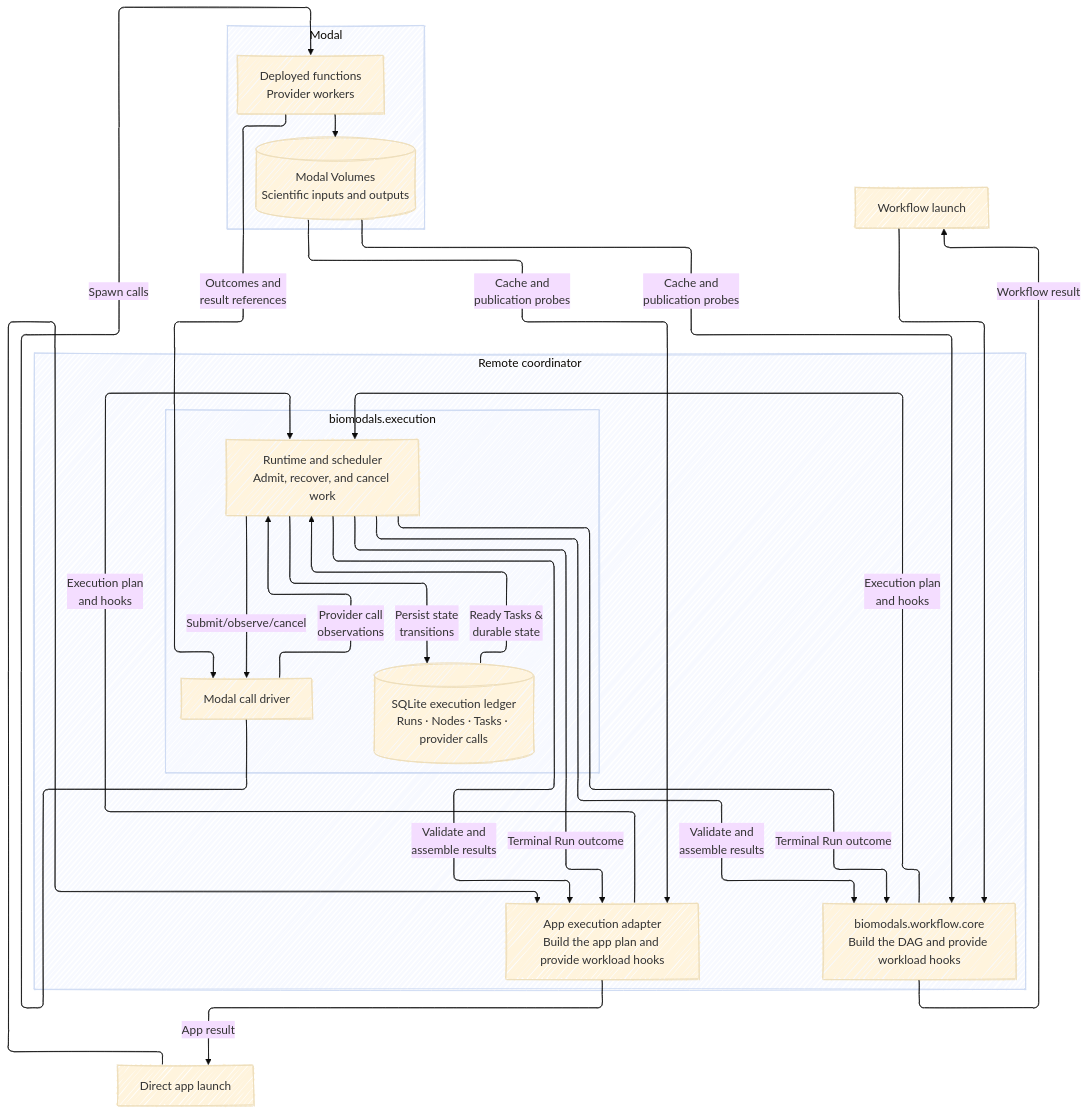
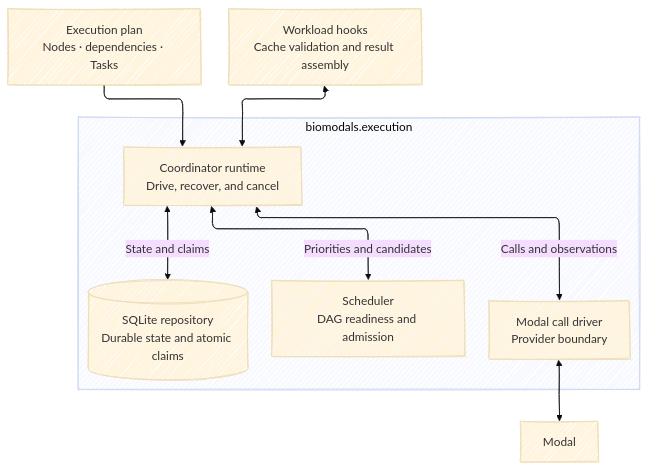
The second of 2 diagrams in README.md (y1zhou/biomodals), drawn with Mermaid before and after one commit. The commit also changed other lines of this file, not shown here.

Commit message:
docs: split execution diagrams

````diff
--- a/README.md
+++ b/README.md
@@ -39,51 +53,29 @@
 ```mermaid
 ---
 config:
   theme: base
   layout: elk
   look: handDrawn
   elk:
     mergeEdges: false
     nodePlacementStrategy: LINEAR_SEGMENTS
   flowchart:
     curve: rounded
 ---
 flowchart TD
-    WorkflowCaller["Workflow launch"] --> Core
-    AppCaller["Direct app launch"] --> AppAdapter
+    Plan["Execution plan<br/>Nodes · dependencies · Tasks"] --> Runtime
+    Hooks["Workload hooks<br/>Cache validation and result assembly"] <--> Runtime
 
-    subgraph Coordinator["Remote coordinator"]
-        Core["biomodals.workflow.core<br/>Build the DAG and provide workload hooks"]
-        AppAdapter["App execution adapter<br/>Build the app plan and provide workload hooks"]
+    subgraph Kernel["biomodals.execution"]
+        Runtime["Coordinator runtime<br/>Drive, recover, and cancel"]
+        Scheduler["Scheduler<br/>DAG readiness and admission"]
+        Ledger[("SQLite repository<br/>Durable state and atomic claims")]
+        Driver["Modal call driver<br/>Provider boundary"]
 
-        subgraph Kernel["biomodals.execution"]
-            Runtime["Runtime and scheduler<br/>Admit, recover, and cancel work"]
-            Ledger[("SQLite execution ledger<br/>Runs · Nodes · Tasks · provider calls")]
-            Driver["Modal call driver"]
-        end
-
-        Core -->|"Execution plan<br/>and hooks"| Runtime
-        AppAdapter -->|"Execution plan<br/>and hooks"| Runtime
-        Runtime -->|"Persist state<br/>transitions"| Ledger
-        Ledger -->|"Ready Tasks &<br/>durable state"| Runtime
-        Runtime -->|"Submit/observe/cancel"| Driver
-        Driver -->|"Provider call<br/>observations"| Runtime
-        Runtime -->|"Validate and<br/>assemble results"| Core
-        Runtime -->|"Validate and<br/>assemble results"| AppAdapter
+        Runtime <-->|"Priorities and candidates"| Scheduler
+        Runtime <-->|"State and claims"| Ledger
+        Runtime <-->|"Calls and observations"| Driver
     end
 
-    subgraph Modal["Modal"]
-        Workers["Deployed functions<br/>Provider workers"]
-        Volumes[("Modal Volumes<br/>Scientific inputs and outputs")]
-        Workers --> Volumes
-    end
-
-    Driver -->|"Spawn calls"| Workers
-    Workers -->|"Outcomes and<br/>result references"| Driver
-    Volumes -->|"Cache and<br/>publication probes"| Core
-    Volumes -->|"Cache and<br/>publication probes"| AppAdapter
-    Runtime -->|"Terminal Run outcome"| Core
-    Runtime -->|"Terminal Run outcome"| AppAdapter
-    Core -->|"Workflow result"| WorkflowCaller
-    AppAdapter -->|"App result"| AppCaller
+    Driver <--> Modal["Modal"]
 ```
````
